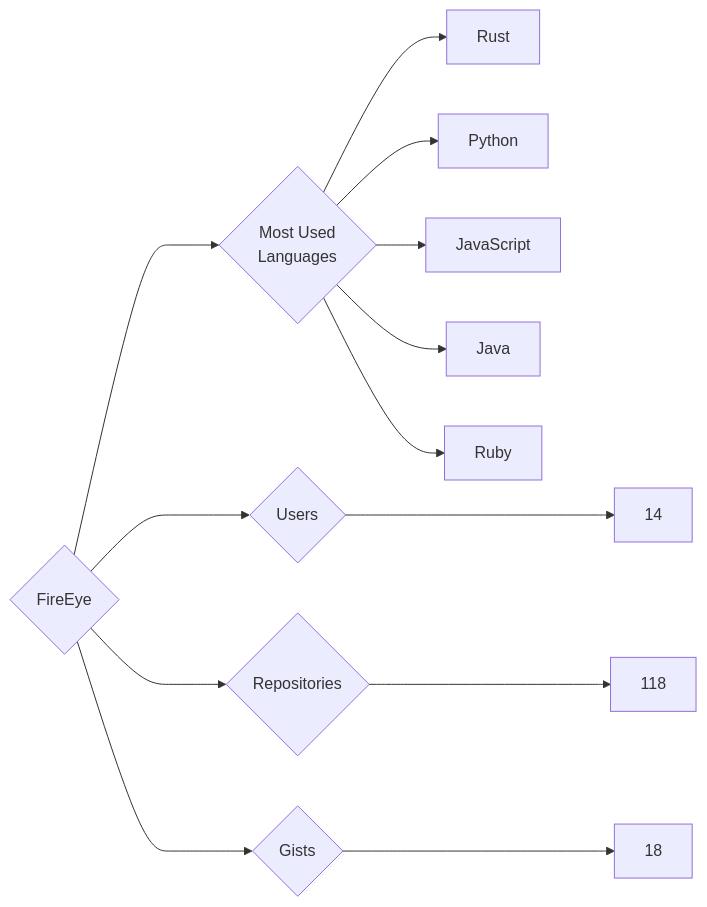
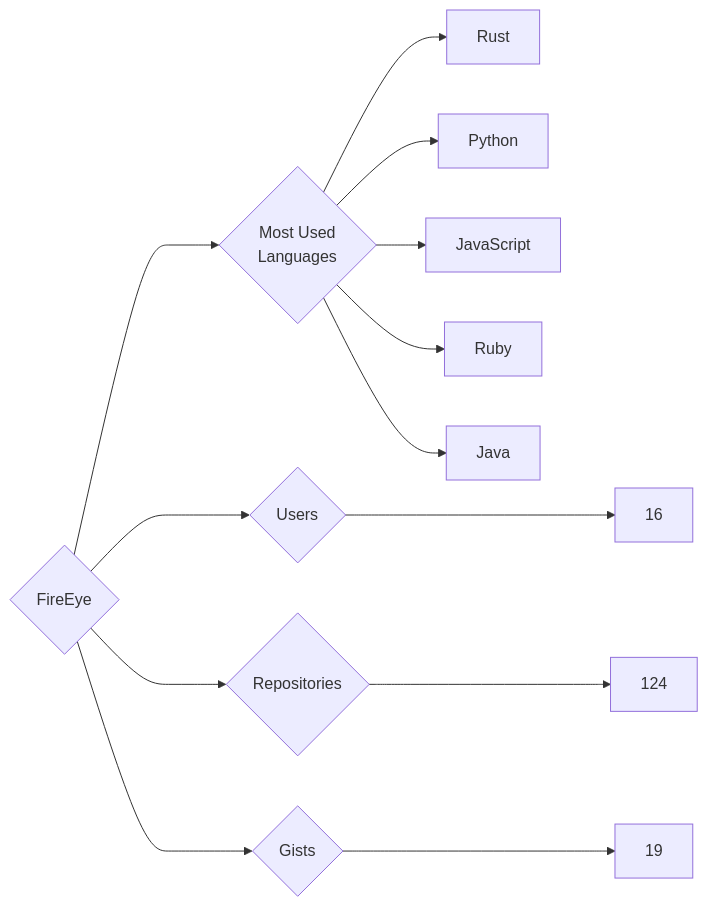
The diagram in targets/FireEye/README.md (trickest/insiders), drawn with Mermaid before and after one commit. The commit also changed 997 other files, not shown here.

````diff
--- a/targets/FireEye/README.md
+++ b/targets/FireEye/README.md
@@ -3,13 +3,13 @@
 ```mermaid
 graph LR
 COMPANY_NAME{FireEye}
-COMPANY_NAME ---> U{Users} ---> UN[14]
-COMPANY_NAME ---> R{Repositories} ---> RN[118]
-COMPANY_NAME ---> G{Gists} ---> GN[18]
+COMPANY_NAME ---> U{Users} ---> UN[16]
+COMPANY_NAME ---> R{Repositories} ---> RN[124]
+COMPANY_NAME ---> G{Gists} ---> GN[19]
 COMPANY_NAME ---> ML{Most Used<br>Languages}
 ML --> Rust[Rust]
 ML --> Python[Python]
 ML --> JavaScript[JavaScript]
+ML --> Ruby[Ruby]
 ML --> Java[Java]
-ML --> Ruby[Ruby]
 ```
````
